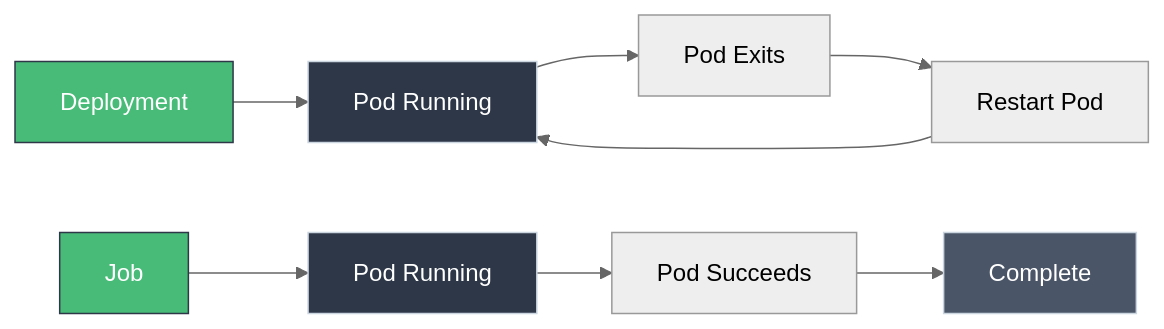
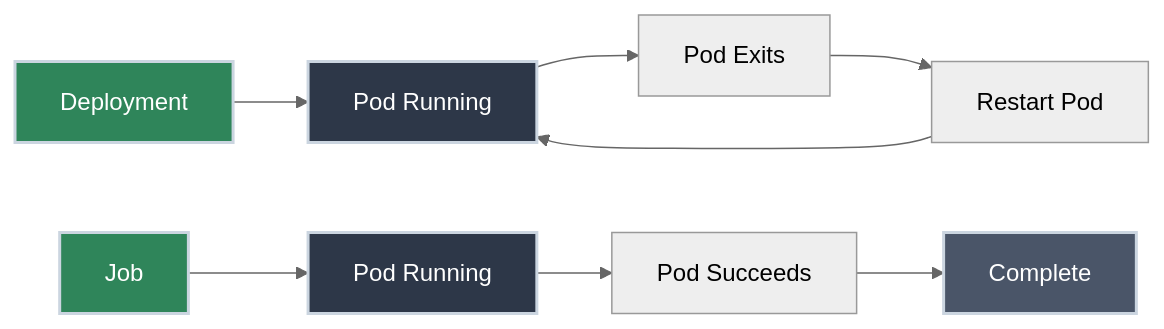
Before and after one commit to bradpenney/exploring_kubernetes: the diagram in docs/essentials/jobs_cronjobs.md, drawn with Mermaid (neutral theme). The commit also changed other lines of this file and 21 other files, not shown here.

````diff
--- a/docs/essentials/jobs_cronjobs.md
+++ b/docs/essentials/jobs_cronjobs.md
@@ -39,17 +56,17 @@
 ```mermaid
 graph LR
     D[Deployment] --> PR[Pod Running]
     PR --> PE[Pod Exits]
     PE --> R[Restart Pod]
     R --> PR
 
     J[Job] --> PJ[Pod Running]
     PJ --> PS[Pod Succeeds]
     PS --> C[Complete]
 
-    style D fill:#48bb78,stroke:#2d3748,color:#fff
-    style J fill:#48bb78,stroke:#2d3748,color:#fff
-    style PR fill:#2d3748,stroke:#cbd5e0,color:#fff
-    style PJ fill:#2d3748,stroke:#cbd5e0,color:#fff
-    style C fill:#4a5568,stroke:#cbd5e0,color:#fff
+    style D fill:#2f855a,stroke:#cbd5e0,stroke-width:2px,color:#fff
+    style J fill:#2f855a,stroke:#cbd5e0,stroke-width:2px,color:#fff
+    style PR fill:#2d3748,stroke:#cbd5e0,stroke-width:2px,color:#fff
+    style PJ fill:#2d3748,stroke:#cbd5e0,stroke-width:2px,color:#fff
+    style C fill:#4a5568,stroke:#cbd5e0,stroke-width:2px,color:#fff
 ```
````
